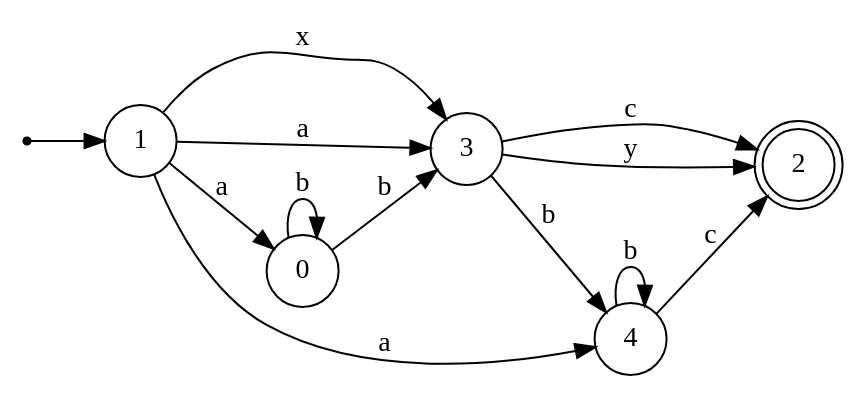
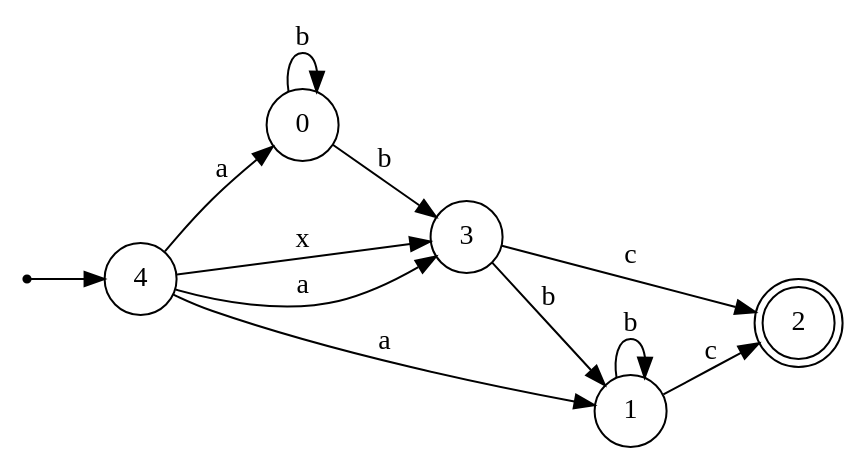
Before and after one commit to LeonardoDeFaveri/NFA-minimization: the diagram in minimized/right.gv, drawn with Graphviz. The commit also changed 11 other files, not shown here.

```diff
--- a/minimized/right.gv
+++ b/minimized/right.gv
@@ -1,22 +1,21 @@
 digraph {
 	rankdir = LR;
 	size = "30,20";
 	node [shape = point]; "dummy0"
-	node [shape = circle]; "1"
-	"dummy0" -> "1";
+	node [shape = circle]; "4"
+	"dummy0" -> "4";
+	node [shape = circle]; "3";
+	node [shape = circle]; "1";
 	node [shape = circle]; "0";
-	node [shape = circle]; "3";
-	node [shape = circle]; "4";
 	node [shape = doublecircle]; "2";
-	"1" -> "3" [label = "x"];
-	"1" -> "3" [label = "a"];
-	"1" -> "4" [label = "a"];
-	"1" -> "0" [label = "a"];
 	"0" -> "0" [label = "b"];
 	"0" -> "3" [label = "b"];
-	"4" -> "2" [label = "c"];
-	"4" -> "4" [label = "b"];
+	"4" -> "3" [label = "x"];
+	"4" -> "3" [label = "a"];
+	"4" -> "0" [label = "a"];
+	"4" -> "1" [label = "a"];
+	"3" -> "1" [label = "b"];
 	"3" -> "2" [label = "c"];
-	"3" -> "4" [label = "b"];
-	"3" -> "2" [label = "y"];
+	"1" -> "1" [label = "b"];
+	"1" -> "2" [label = "c"];
 }
```
